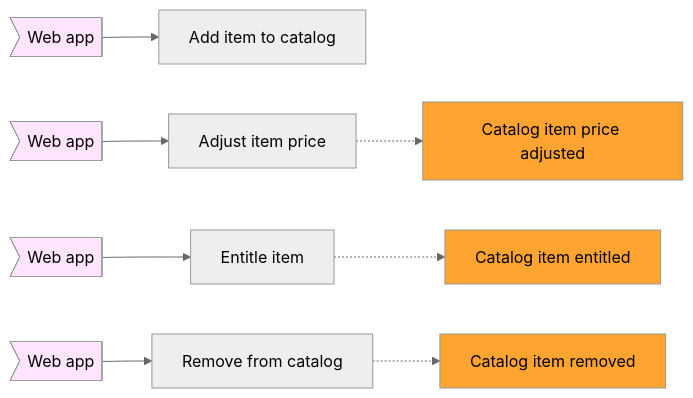
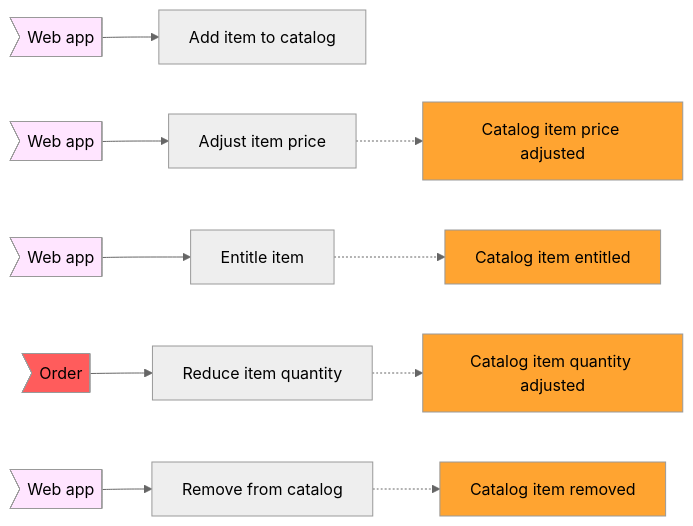
The second of 2 diagrams in src/SolutionExample/Example/bounded_context_canvas.md (pierregillon/BoundedContextCanvasGenerator), drawn with Mermaid (neutral theme) before and after one commit. The commit also changed other lines of this file and 26 other files, not shown here.

Commit message:
feat: add collaborator type : front or bc

````diff
--- a/src/SolutionExample/Example/bounded_context_canvas.md
+++ b/src/SolutionExample/Example/bounded_context_canvas.md
@@ -59,30 +59,38 @@
 ```mermaid
 flowchart LR
-    classDef collaborators fill:#FFE5FF;
+    classDef frontCollaborators fill:#FFE5FF;
     classDef domainEvents fill:#FFA431;
+    classDef boundedContextCollaborators fill:#FF5C5C;
     CatalogApplicationItemsAddItemToCatalogCommand["Add item to catalog"]
     CatalogApplicationItemsAddItemToCatalogCommandWebAppCollaborator>"Web app"]
-    class CatalogApplicationItemsAddItemToCatalogCommandWebAppCollaborator collaborators;
+    class CatalogApplicationItemsAddItemToCatalogCommandWebAppCollaborator frontCollaborators;
     CatalogApplicationItemsAdjustItemPriceCommand["Adjust item price"]
     CatalogApplicationItemsAdjustItemPriceCommandWebAppCollaborator>"Web app"]
-    class CatalogApplicationItemsAdjustItemPriceCommandWebAppCollaborator collaborators;
+    class CatalogApplicationItemsAdjustItemPriceCommandWebAppCollaborator frontCollaborators;
     CatalogDomainItemsEventsCatalogItemPriceAdjusted["Catalog item price adjusted"]
     class CatalogDomainItemsEventsCatalogItemPriceAdjusted domainEvents;
     CatalogApplicationItemsEntitleItemCommand["Entitle item"]
     CatalogApplicationItemsEntitleItemCommandWebAppCollaborator>"Web app"]
-    class CatalogApplicationItemsEntitleItemCommandWebAppCollaborator collaborators;
+    class CatalogApplicationItemsEntitleItemCommandWebAppCollaborator frontCollaborators;
     CatalogDomainItemsEventsCatalogItemEntitled["Catalog item entitled"]
     class CatalogDomainItemsEventsCatalogItemEntitled domainEvents;
+    CatalogApplicationItemsReduceItemQuantityCommand["Reduce item quantity"]
+    CatalogApplicationItemsReduceItemQuantityCommandOrderCollaborator>"Order"]
+    class CatalogApplicationItemsReduceItemQuantityCommandOrderCollaborator boundedContextCollaborators;
+    CatalogDomainItemsEventsCatalogItemQuantityAdjusted["Catalog item quantity adjusted"]
+    class CatalogDomainItemsEventsCatalogItemQuantityAdjusted domainEvents;
     CatalogApplicationItemsRemoveFromCatalogCommand["Remove from catalog"]
     CatalogApplicationItemsRemoveFromCatalogCommandWebAppCollaborator>"Web app"]
-    class CatalogApplicationItemsRemoveFromCatalogCommandWebAppCollaborator collaborators;
+    class CatalogApplicationItemsRemoveFromCatalogCommandWebAppCollaborator frontCollaborators;
     CatalogDomainItemsEventsCatalogItemRemoved["Catalog item removed"]
     class CatalogDomainItemsEventsCatalogItemRemoved domainEvents;
     CatalogApplicationItemsAddItemToCatalogCommandWebAppCollaborator --> CatalogApplicationItemsAddItemToCatalogCommand
     CatalogApplicationItemsAdjustItemPriceCommandWebAppCollaborator --> CatalogApplicationItemsAdjustItemPriceCommand
     CatalogApplicationItemsAdjustItemPriceCommand -.-> CatalogDomainItemsEventsCatalogItemPriceAdjusted
     CatalogApplicationItemsEntitleItemCommandWebAppCollaborator --> CatalogApplicationItemsEntitleItemCommand
     CatalogApplicationItemsEntitleItemCommand -.-> CatalogDomainItemsEventsCatalogItemEntitled
+    CatalogApplicationItemsReduceItemQuantityCommandOrderCollaborator --> CatalogApplicationItemsReduceItemQuantityCommand
+    CatalogApplicationItemsReduceItemQuantityCommand -.-> CatalogDomainItemsEventsCatalogItemQuantityAdjusted
     CatalogApplicationItemsRemoveFromCatalogCommandWebAppCollaborator --> CatalogApplicationItemsRemoveFromCatalogCommand
     CatalogApplicationItemsRemoveFromCatalogCommand -.-> CatalogDomainItemsEventsCatalogItemRemoved
 ```
````
